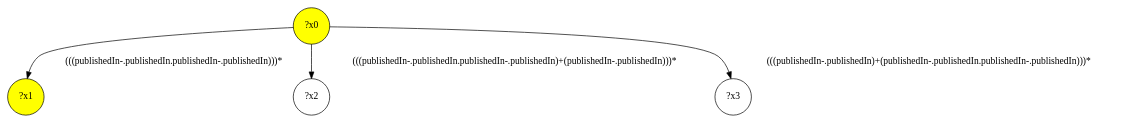
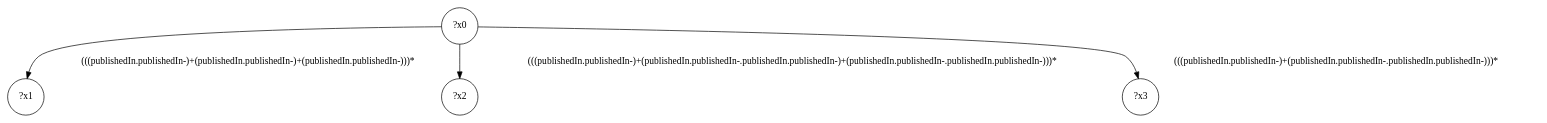
Before and after one commit to gbagan/gmark: the diagram in src/queryinterface/interface-queries/query-37.dot, drawn with Graphviz. The commit also changed 150 other files, not shown here.

```diff
--- a/src/queryinterface/interface-queries/query-37.dot
+++ b/src/queryinterface/interface-queries/query-37.dot
@@ -1,9 +1,9 @@
 digraph g {
-	x0 [fillcolor="yellow", style="filled," shape=circle, label="?x0"];
-	x1 [fillcolor="yellow", style="filled," shape=circle, label="?x1"];
-	x0 -> x1 [label="(((publishedIn-.publishedIn.publishedIn-.publishedIn)))*"];
+	x0 [shape=circle, label="?x0"];
+	x1 [shape=circle, label="?x1"];
+	x0 -> x1 [label="(((publishedIn.publishedIn-)+(publishedIn.publishedIn-)+(publishedIn.publishedIn-)))*"];
 	x2 [shape=circle, label="?x2"];
-	x0 -> x2 [label="(((publishedIn-.publishedIn.publishedIn-.publishedIn)+(publishedIn-.publishedIn)))*"];
+	x0 -> x2 [label="(((publishedIn.publishedIn-)+(publishedIn.publishedIn-.publishedIn.publishedIn-)+(publishedIn.publishedIn-.publishedIn.publishedIn-)))*"];
 	x3 [shape=circle, label="?x3"];
-	x0 -> x3 [label="(((publishedIn-.publishedIn)+(publishedIn-.publishedIn.publishedIn-.publishedIn)))*"];
+	x0 -> x3 [label="(((publishedIn.publishedIn-)+(publishedIn.publishedIn-.publishedIn.publishedIn-)))*"];
 }
```
